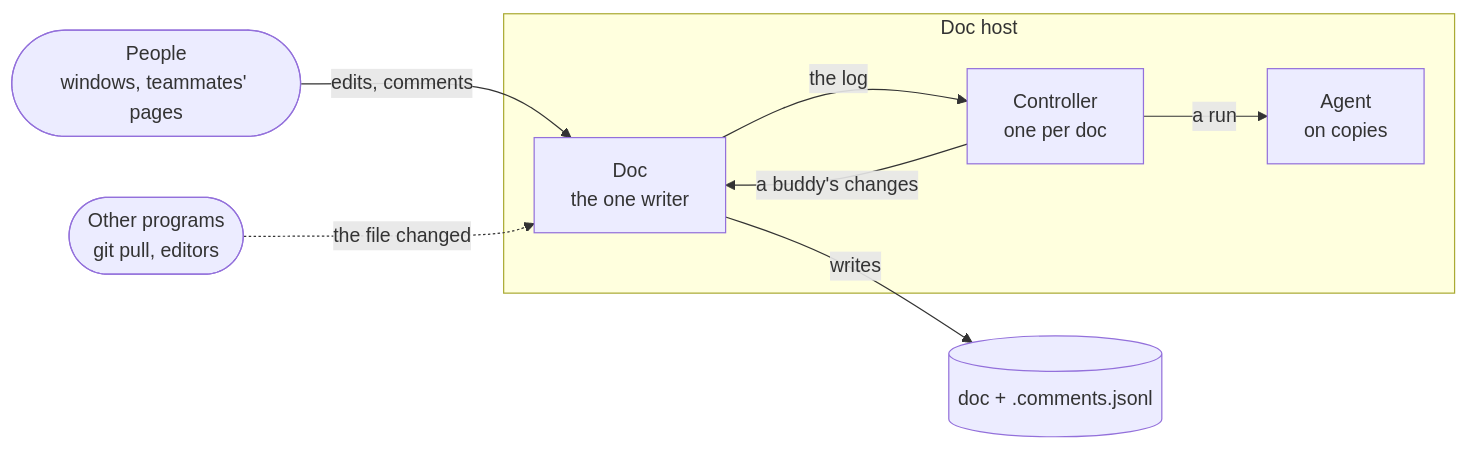
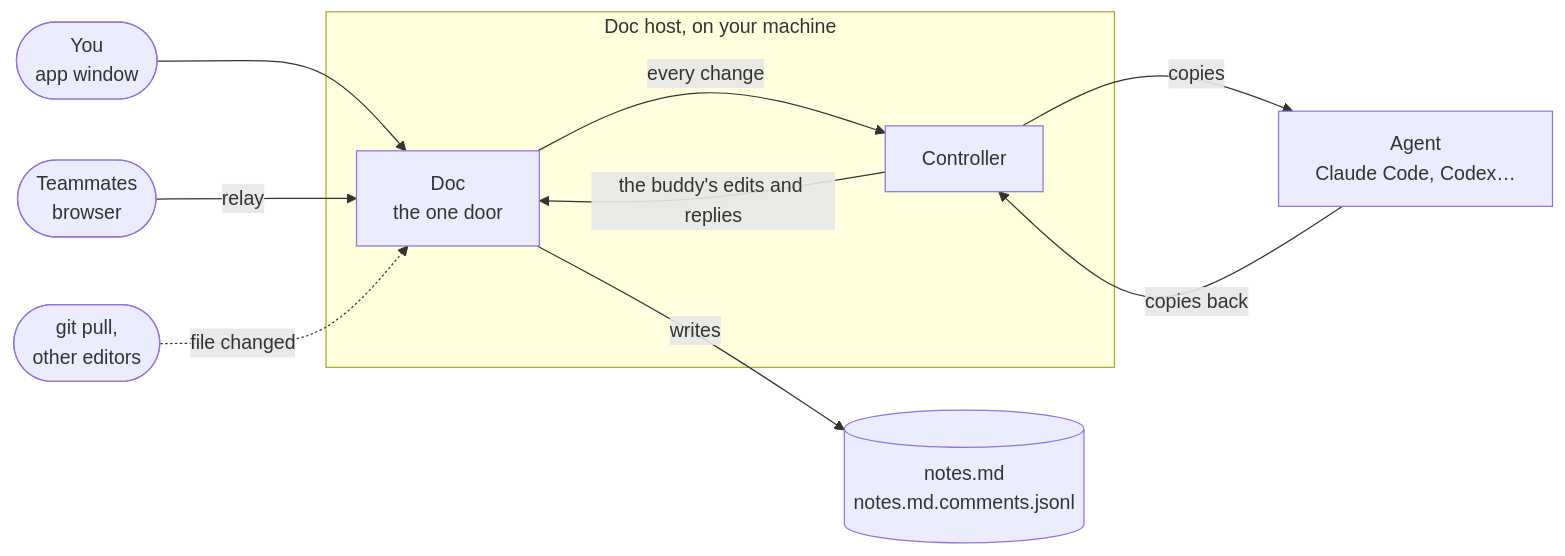
The first of 5 diagrams in docs/architecture.md (ponjo-app/ponjo), drawn with Mermaid before and after one commit. The commit also changed other lines of this file and 27 other files, not shown here.

First line of the commit message:
Split the architecture doc: a picture for people, a spec for the rules

````diff
--- a/docs/architecture.md
+++ b/docs/architecture.md
@@ -20,11 +12,15 @@
 ```mermaid
 flowchart LR
-  person(["People<br>windows, teammates' pages"]) -- "edits, comments" --> door
-  outside(["Other programs<br>git pull, editors"]) -. "the file changed" .-> door
-  subgraph host["Doc host"]
-    door["Doc<br>the one writer"] -- "the log" --> ctl["Controller<br>one per doc"]
-    ctl -- "a buddy's changes" --> door
-    ctl -- "a run" --> agent["Agent<br>on copies"]
+  you(["You<br>app window"]) --> door
+  team(["Teammates<br>browser"]) -- relay --> door
+  other(["git pull,<br>other editors"]) -. file changed .-> door
+  subgraph host["Doc host, on your machine"]
+    door["Doc<br>the one door"]
+    ctl["Controller"]
+    door -- every change --> ctl
+    ctl -- the buddy's edits and replies --> door
   end
-  door -- "writes" --> files[("doc + .comments.jsonl")]
+  ctl -- copies --> agent["Agent<br>Claude Code, Codex…"]
+  agent -- copies back --> ctl
+  door -- writes --> files[("notes.md<br>notes.md.comments.jsonl")]
 ```
````
